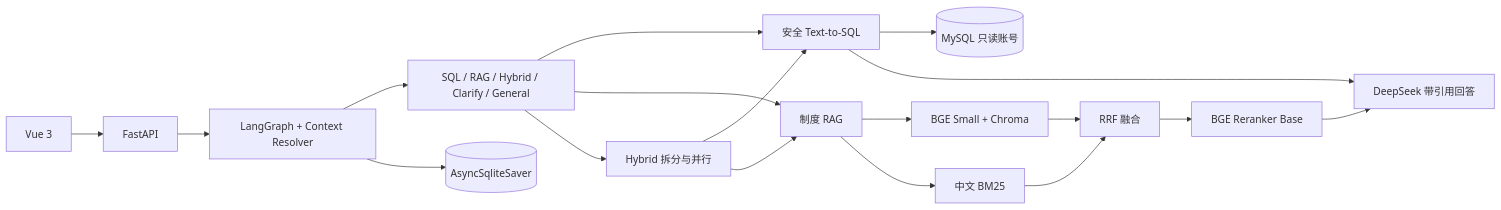
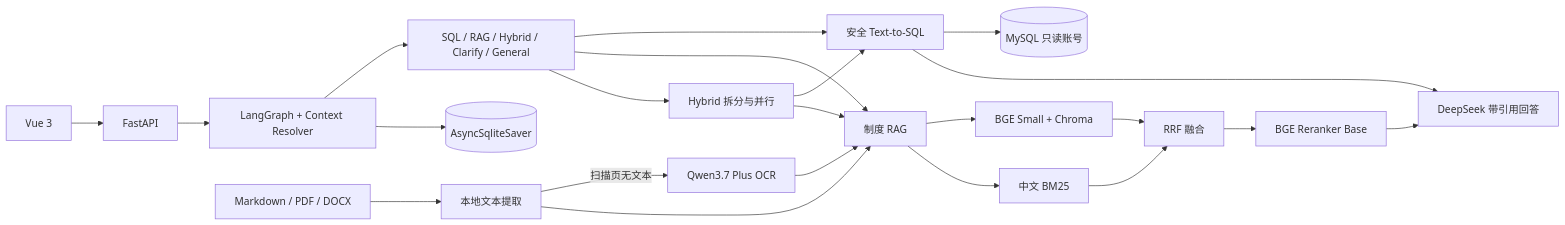
Before and after one commit to xxxjiejiejie/retail-insight-agent: the diagram in README.md, drawn with Mermaid. The commit also changed other lines of this file and 9 other files, not shown here.

Commit message:
feat: 添加可选的 Qwen Vision OCR 支持，增强扫描版 PDF 文档处理能力

````diff
--- a/README.md
+++ b/README.md
@@ -105,20 +107,24 @@
 ```mermaid
 flowchart LR
     Vue["Vue 3"] --> API["FastAPI"]
     API --> Graph["LangGraph + Context Resolver"]
     Graph --> Router["SQL / RAG / Hybrid / Clarify / General"]
     Router --> SQL["安全 Text-to-SQL"]
     Router --> RAG["制度 RAG"]
     Router --> Hybrid["Hybrid 拆分与并行"]
     SQL --> MySQL[("MySQL 只读账号")]
     RAG --> Vector["BGE Small + Chroma"]
     RAG --> BM25["中文 BM25"]
+    Documents["Markdown / PDF / DOCX"] --> NativeText["本地文本提取"]
+    NativeText -->|扫描页无文本| OCR["Qwen3.7 Plus OCR"]
+    NativeText --> RAG
+    OCR --> RAG
     Vector --> RRF["RRF 融合"]
     BM25 --> RRF
     RRF --> Reranker["BGE Reranker Base"]
     Reranker --> Answer["DeepSeek 带引用回答"]
     SQL --> Answer
     Hybrid --> SQL
     Hybrid --> RAG
     Graph --> Session[("AsyncSqliteSaver")]
 ```
````
